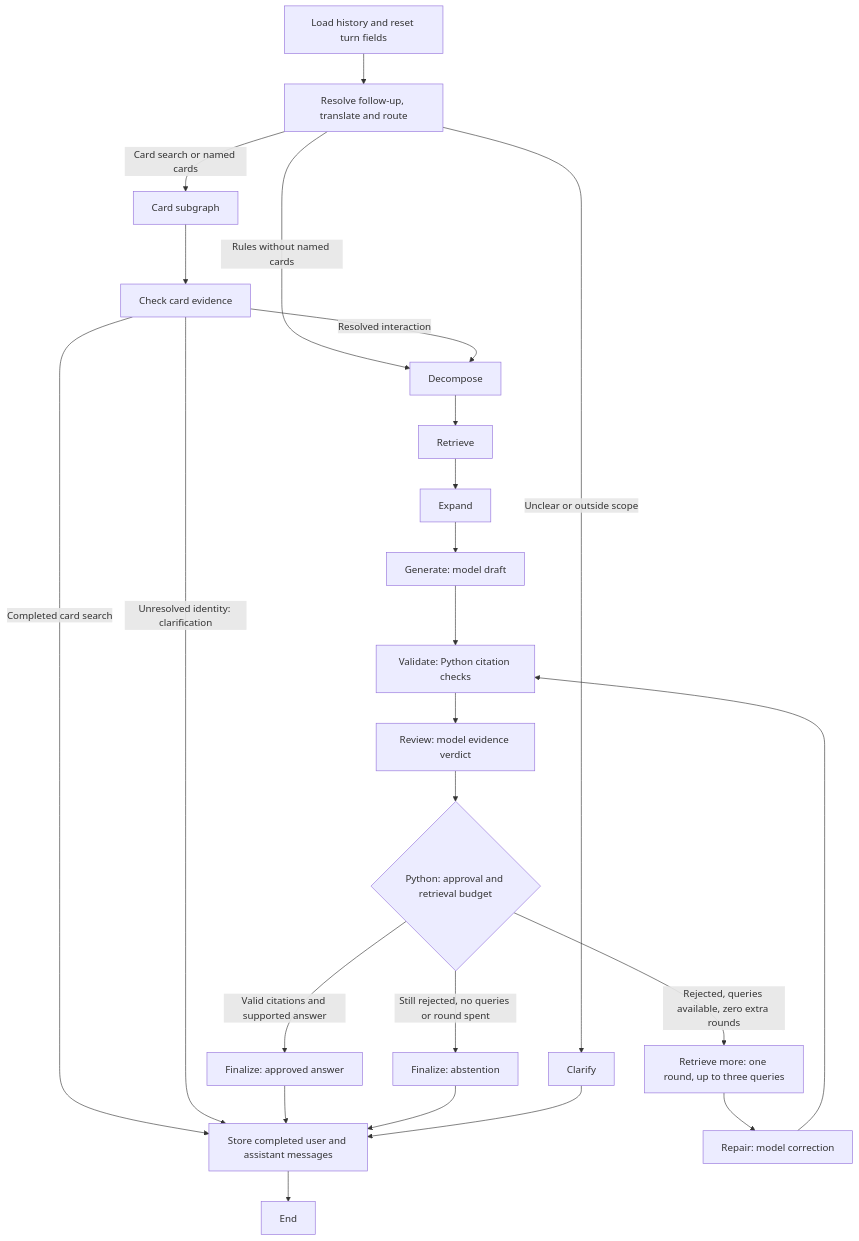
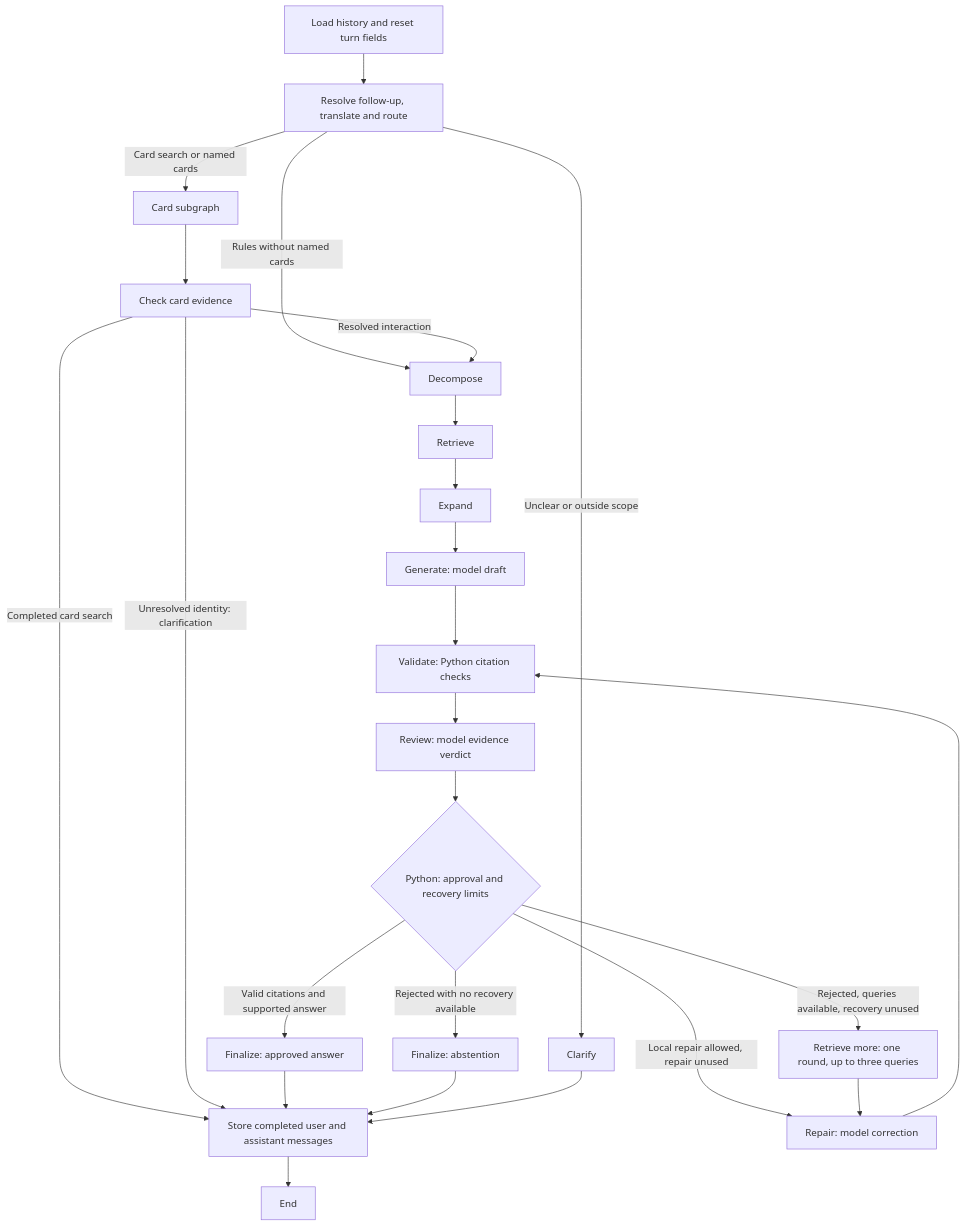
The second of 4 diagrams in docs/architecture.md (javicupeiro/magic-bot), drawn with Mermaid before and after one commit. The commit also changed other lines of this file and 45 other files, not shown here.

````diff
--- a/docs/architecture.md
+++ b/docs/architecture.md
@@ -83,23 +32,24 @@
 ```mermaid
 flowchart TD
     Start[Load history and reset turn fields] --> Route[Resolve follow-up, translate and route]
     Route -->|Rules without named cards| Decompose
     Route -->|Card search or named cards| Cards[Card subgraph]
     Route -->|Unclear or outside scope| Clarify
     Cards --> Check[Check card evidence]
     Check -->|Resolved interaction| Decompose
     Check -->|Completed card search| Remember
     Check -->|Unresolved identity: clarification| Remember
     Decompose --> Retrieve --> Expand --> Generate[Generate: model draft]
     Generate --> Validate[Validate: Python citation checks]
     Validate --> Review[Review: model evidence verdict]
-    Review --> Gate{Python: approval and retrieval budget}
+    Review --> Gate{Python: approval and recovery limits}
     Gate -->|Valid citations and supported answer| Approved[Finalize: approved answer]
-    Gate -->|Rejected, queries available, zero extra rounds| More[Retrieve more: one round, up to three queries]
-    More --> Repair[Repair: model correction] --> Validate
-    Gate -->|Still rejected, no queries or round spent| Abstain[Finalize: abstention]
+    Gate -->|Rejected, queries available, recovery unused| More[Retrieve more: one round, up to three queries]
+    Gate -->|Local repair allowed, repair unused| Repair[Repair: model correction]
+    More --> Repair --> Validate
+    Gate -->|Rejected with no recovery available| Abstain[Finalize: abstention]
     Approved --> Remember
     Abstain --> Remember
     Clarify --> Remember
     Remember[Store completed user and assistant messages] --> End
 ```
````
